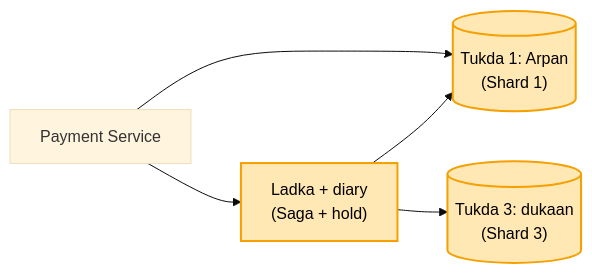
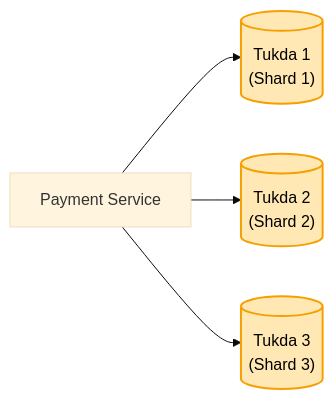
Before and after one commit to ArpanMaheshwari144/Prep: the ninth of 11 diagrams in 04_HLD/SYSTEM_DESIGNS/06_payment_system/06_payment_system.md, drawn with Mermaid (base theme). The commit also changed other lines of this file and 17 other files, not shown here.

Commit message:
HLD: 17 main files hand notes se milaye (har block alag section, kahani + asli naam, mermaid), technical naam bhi rakhe

````diff
--- a/04_HLD/SYSTEM_DESIGNS/06_payment_system/06_payment_system.md
+++ b/04_HLD/SYSTEM_DESIGNS/06_payment_system/06_payment_system.md
@@ -136,10 +176,9 @@
 ```mermaid
 flowchart LR
-    S["Payment Service"] --> T1[("Tukda 1: Arpan<br/>(Shard 1)")]
-    S --> L["Ladka + diary<br/>(Saga + hold)"]
-    L --> T3[("Tukda 3: dukaan<br/>(Shard 3)")]
-    L --> T1
+    S["Payment Service"] --> T1[("Tukda 1<br/>(Shard 1)")]
+    S --> T2[("Tukda 2<br/>(Shard 2)")]
+    S --> T3[("Tukda 3<br/>(Shard 3)")]
     style T1 fill:#ffe8b3,stroke:#f59f00,stroke-width:2px,color:#000
+    style T2 fill:#ffe8b3,stroke:#f59f00,stroke-width:2px,color:#000
     style T3 fill:#ffe8b3,stroke:#f59f00,stroke-width:2px,color:#000
-    style L fill:#ffe8b3,stroke:#f59f00,stroke-width:2px,color:#000
 ```
````
